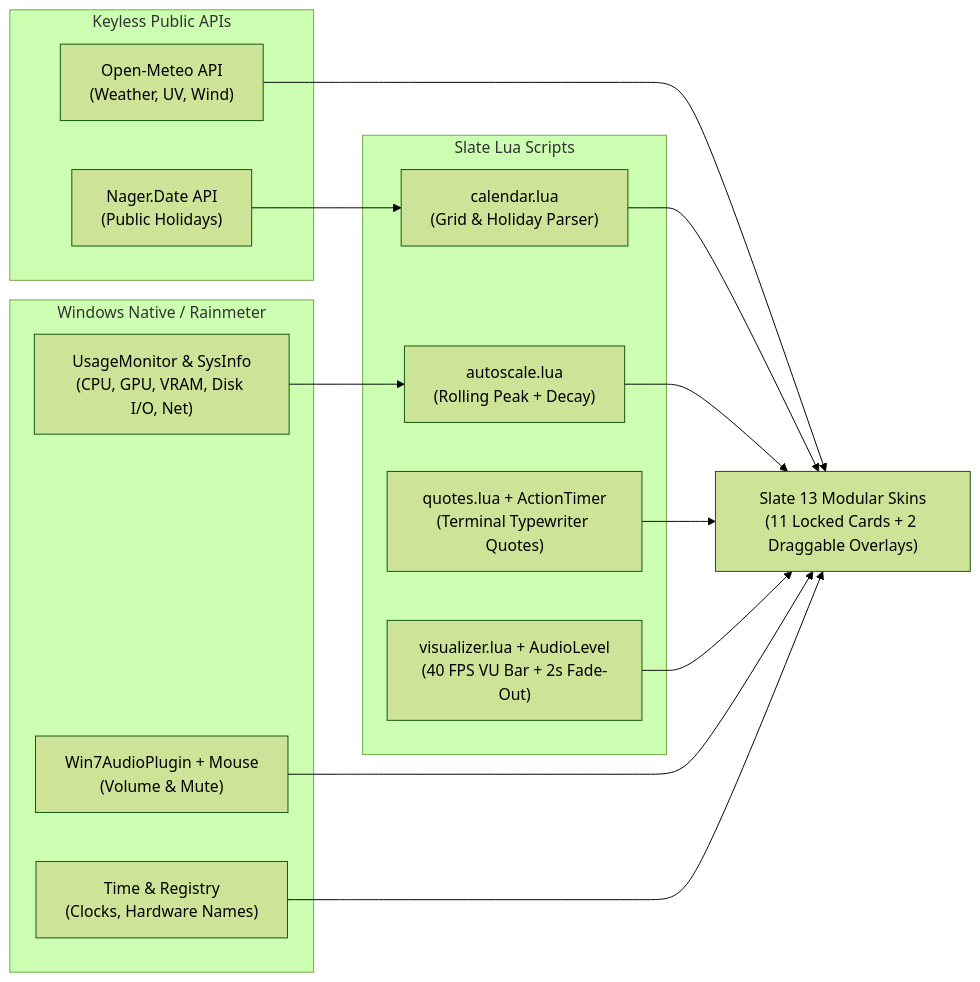
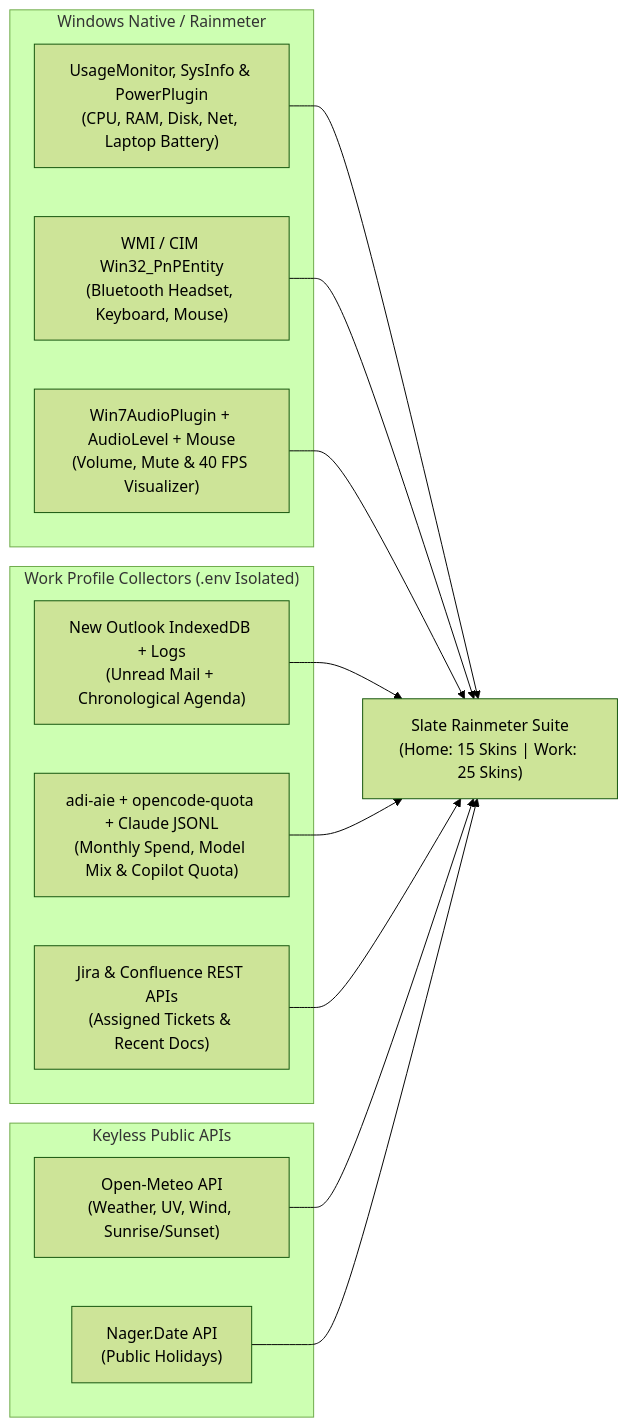
One commit to marcelofrau/slate-rainmeter changed the diagram in README.md. Above: the diagram before and after it, drawn with Mermaid (forest theme). The commit also changed other lines of this file and 35 other files, not shown here.

Commit message:
feat: add dual-monitor Work profile, 10 productivity/AI cards, nvidia-smi GPU, and .env isolation

````diff
--- a/README.md
+++ b/README.md
@@ -50,28 +80,28 @@
 ```mermaid
 flowchart LR
     subgraph Native["Windows Native / Rainmeter"]
-        Perf["UsageMonitor & SysInfo\n(CPU, GPU, VRAM, Disk I/O, Net)"]
-        Audio["Win7AudioPlugin + Mouse\n(Volume & Mute)"]
-        ClockM["Time & Registry\n(Clocks, Hardware Names)"]
+        Perf["UsageMonitor, SysInfo & PowerPlugin\n(CPU, RAM, Disk, Net, Laptop Battery)"]
+        CIM["WMI / CIM Win32_PnPEntity\n(Bluetooth Headset, Keyboard, Mouse)"]
+        Audio["Win7AudioPlugin + AudioLevel + Mouse\n(Volume, Mute & 40 FPS Visualizer)"]
+    end
+
+    subgraph WorkIntegrations["Work Profile Collectors (.env Isolated)"]
+        Olk["New Outlook IndexedDB + Logs\n(Unread Mail + Chronological Agenda)"]
+        AI["adi-aie + opencode-quota + Claude JSONL\n(Monthly Spend, Model Mix & Copilot Quota)"]
+        Atlassian["Jira & Confluence REST APIs\n(Assigned Tickets & Recent Docs)"]
     end
 
     subgraph PublicAPIs["Keyless Public APIs"]
-        Meteo["Open-Meteo API\n(Weather, UV, Wind)"]
+        Meteo["Open-Meteo API\n(Weather, UV, Wind, Sunrise/Sunset)"]
         Nager["Nager.Date API\n(Public Holidays)"]
     end
 
-    subgraph LuaEngine["Slate Lua Scripts"]
-        AutoScale["autoscale.lua\n(Rolling Peak + Decay)"]
-        CalLua["calendar.lua\n(Grid & Holiday Parser)"]
-        QuotesLua["quotes.lua + ActionTimer\n(Terminal Typewriter Quotes)"]
-        VizLua["visualizer.lua + AudioLevel\n(40 FPS VU Bar + 2s Fade-Out)"]
-    end
-
-    Perf --> AutoScale --> Skins["Slate 13 Modular Skins\n(11 Locked Cards + 2 Draggable Overlays)"]
+    Perf --> Skins["Slate Rainmeter Suite\n(Home: 15 Skins | Work: 25 Skins)"]
+    CIM --> Skins
     Audio --> Skins
-    ClockM --> Skins
+    Olk --> Skins
+    AI --> Skins
+    Atlassian --> Skins
     Meteo --> Skins
-    Nager --> CalLua --> Skins
-    QuotesLua --> Skins
-    VizLua --> Skins
+    Nager --> Skins
 ```
````
